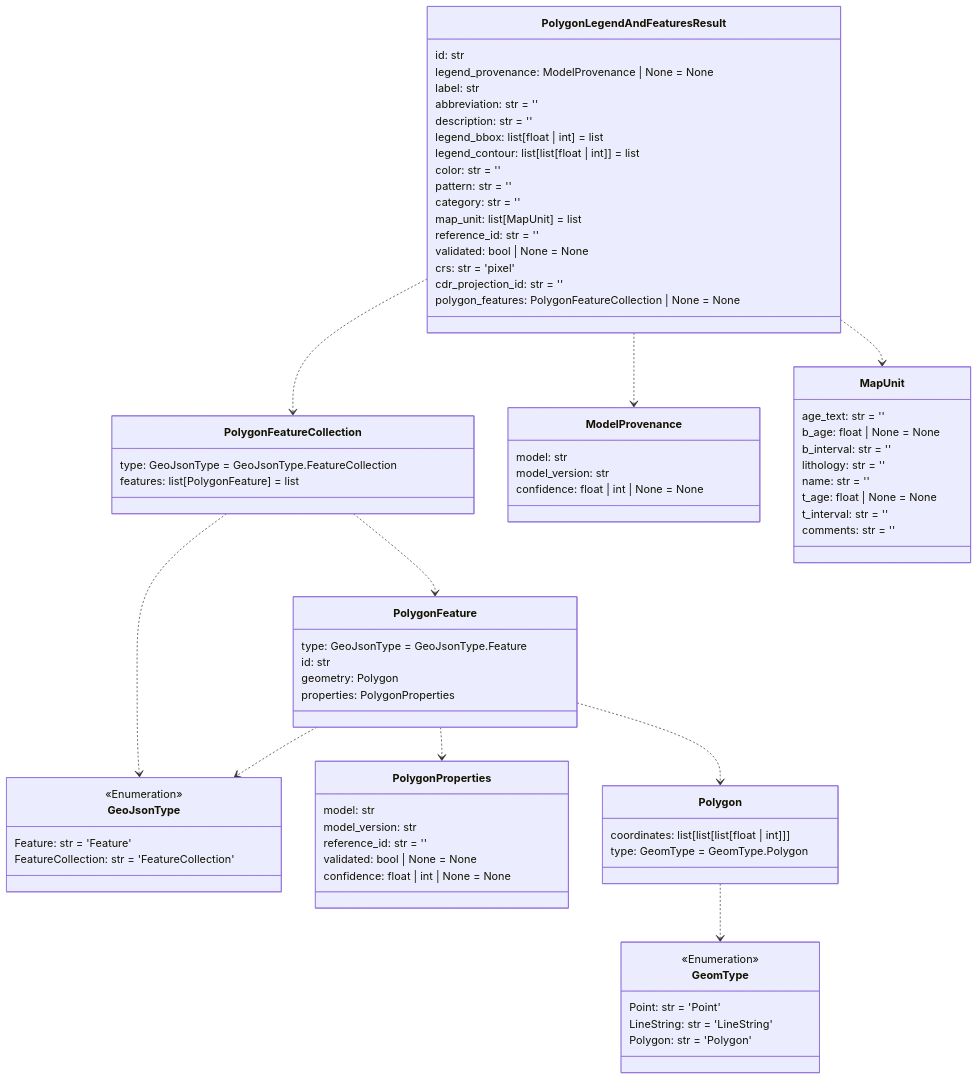
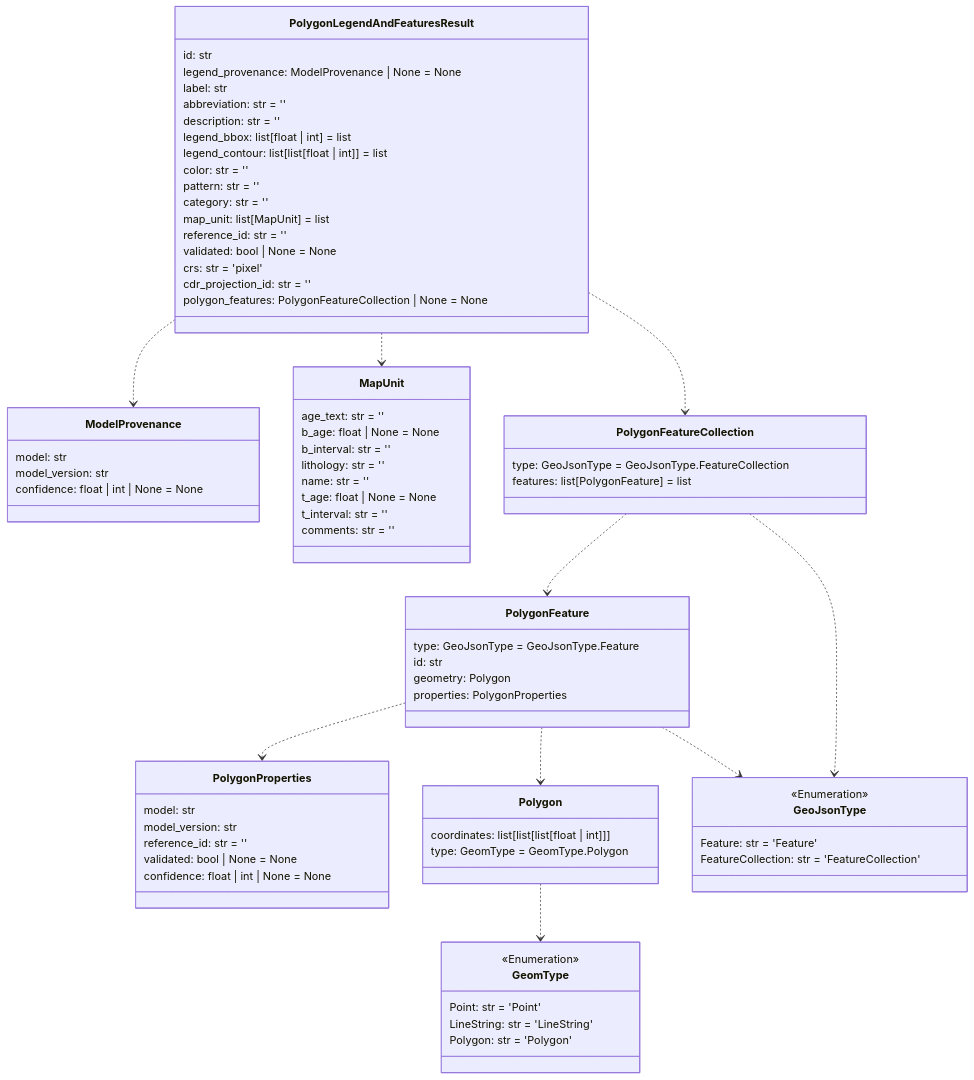
One commit to DARPA-CRITICALMAAS/cdr_schemas changed the seventh of 14 diagrams in README.md. Above: the diagram before and after it, drawn with Mermaid. The commit also changed other lines of this file and 1 other file, not shown here.

````diff
--- a/README.md
+++ b/README.md
@@ -544,28 +544,11 @@
 ```mermaid
 classDiagram
 
-    class PolygonFeatureCollection {
-        type: GeoJsonType = GeoJsonType.FeatureCollection
-        features: list[PolygonFeature] = list
-    }
-
-    class GeomType {
-        <<Enumeration>>
-        Point: str = 'Point'
-        LineString: str = 'LineString'
-        Polygon: str = 'Polygon'
-    }
-
-    class ModelProvenance {
-        model: str
-        model_version: str
-        confidence: float | int | None = None
-    }
-
-    class GeoJsonType {
-        <<Enumeration>>
-        Feature: str = 'Feature'
-        FeatureCollection: str = 'FeatureCollection'
+    class PolygonFeature {
+        type: GeoJsonType = GeoJsonType.Feature
+        id: str
+        geometry: Polygon
+        properties: PolygonProperties
     }
 
     class PolygonProperties {
@@ -574,6 +557,23 @@
         reference_id: str = ''
         validated: bool | None = None
         confidence: float | int | None = None
+    }
+
+    class MapUnit {
+        age_text: str = ''
+        b_age: float | None = None
+        b_interval: str = ''
+        lithology: str = ''
+        name: str = ''
+        t_age: float | None = None
+        t_interval: str = ''
+        comments: str = ''
+    }
+
+    class GeoJsonType {
+        <<Enumeration>>
+        Feature: str = 'Feature'
+        FeatureCollection: str = 'FeatureCollection'
     }
 
     class PolygonLegendAndFeaturesResult {
@@ -595,38 +595,38 @@
         polygon_features: PolygonFeatureCollection | None = None
     }
 
-    class MapUnit {
-        age_text: str = ''
-        b_age: float | None = None
-        b_interval: str = ''
-        lithology: str = ''
-        name: str = ''
-        t_age: float | None = None
-        t_interval: str = ''
-        comments: str = ''
-    }
-
     class Polygon {
         coordinates: list[list[list[float | int]]]
         type: GeomType = GeomType.Polygon
     }
 
-    class PolygonFeature {
-        type: GeoJsonType = GeoJsonType.Feature
-        id: str
-        geometry: Polygon
-        properties: PolygonProperties
+    class ModelProvenance {
+        model: str
+        model_version: str
+        confidence: float | int | None = None
+    }
+
+    class GeomType {
+        <<Enumeration>>
+        Point: str = 'Point'
+        LineString: str = 'LineString'
+        Polygon: str = 'Polygon'
+    }
+
+    class PolygonFeatureCollection {
+        type: GeoJsonType = GeoJsonType.FeatureCollection
+        features: list[PolygonFeature] = list
     }
 
     Polygon ..> GeomType
     PolygonFeature ..> PolygonProperties
+    PolygonFeature ..> Polygon
     PolygonFeature ..> GeoJsonType
-    PolygonFeature ..> Polygon
     PolygonFeatureCollection ..> PolygonFeature
     PolygonFeatureCollection ..> GeoJsonType
+    PolygonLegendAndFeaturesResult ..> ModelProvenance
+    PolygonLegendAndFeaturesResult ..> MapUnit
     PolygonLegendAndFeaturesResult ..> PolygonFeatureCollection
-    PolygonLegendAndFeaturesResult ..> MapUnit
-    PolygonLegendAndFeaturesResult ..> ModelProvenance
 
 
 ```
````
